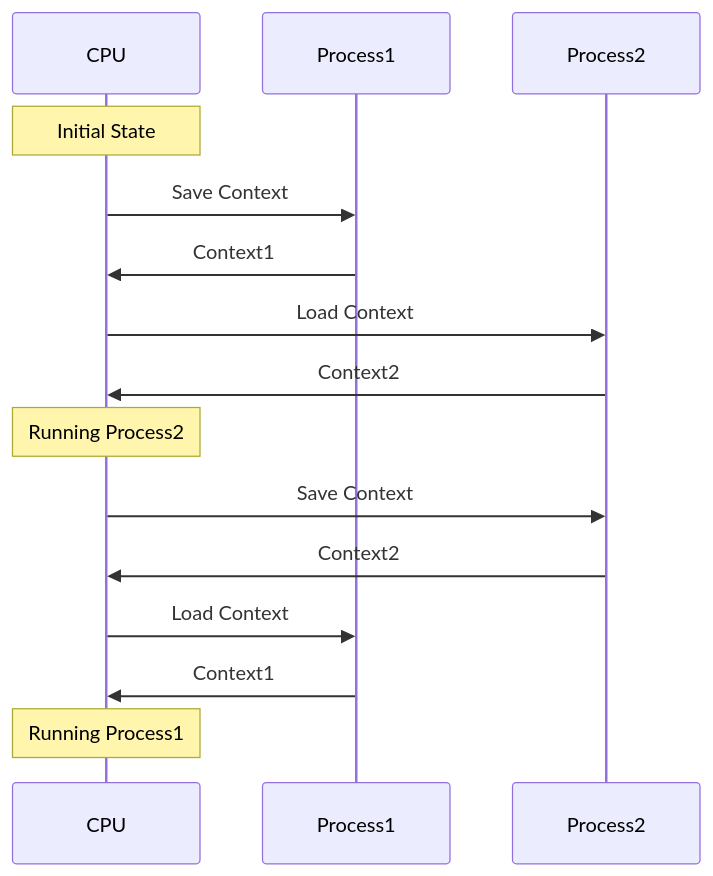
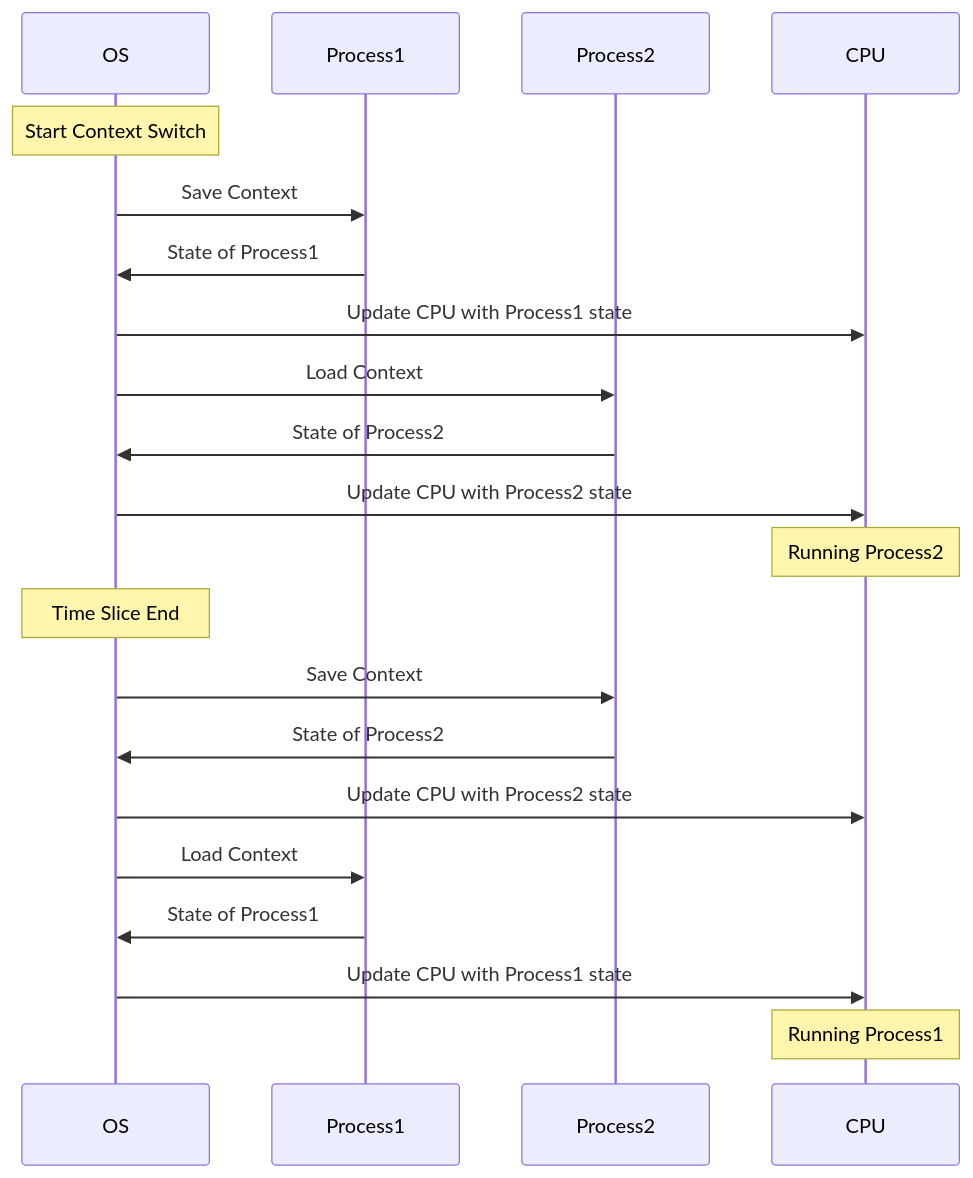
The diagram in OS/컨텍스트스위칭/JeongGyun.md (5dotseven/cs-basic-study), drawn with Mermaid before and after one commit. The commit also changed other lines of this file, not shown here.

Commit message:
fix: 운영체제(OS) 컨텍스트 스위칭

````diff
--- a/OS/컨텍스트스위칭/JeongGyun.md
+++ b/OS/컨텍스트스위칭/JeongGyun.md
@@ -12,17 +12,25 @@
 ```mermaid
 sequenceDiagram
-participant CPU
-participant Process1
-participant Process2
-note over CPU: Initial State
-CPU ->> Process1: Save Context
-Process1 ->> CPU: Context1
-CPU ->> Process2: Load Context
-Process2 ->> CPU: Context2
-note over CPU: Running Process2
-CPU ->> Process2: Save Context
-Process2 ->> CPU: Context2
-CPU ->> Process1: Load Context
-Process1 ->> CPU: Context1
-note over CPU: Running Process1
+    participant OS
+    participant Process1
+    participant Process2
+    participant CPU
+
+    note over OS: Start Context Switch
+    OS ->> Process1: Save Context
+    Process1 ->> OS: State of Process1
+    OS ->> CPU: Update CPU with Process1 state
+    OS ->> Process2: Load Context
+    Process2 ->> OS: State of Process2
+    OS ->> CPU: Update CPU with Process2 state
+    note over CPU: Running Process2
+
+    note over OS: Time Slice End
+    OS ->> Process2: Save Context
+    Process2 ->> OS: State of Process2
+    OS ->> CPU: Update CPU with Process2 state
+    OS ->> Process1: Load Context
+    Process1 ->> OS: State of Process1
+    OS ->> CPU: Update CPU with Process1 state
+    note over CPU: Running Process1
 ```
````
